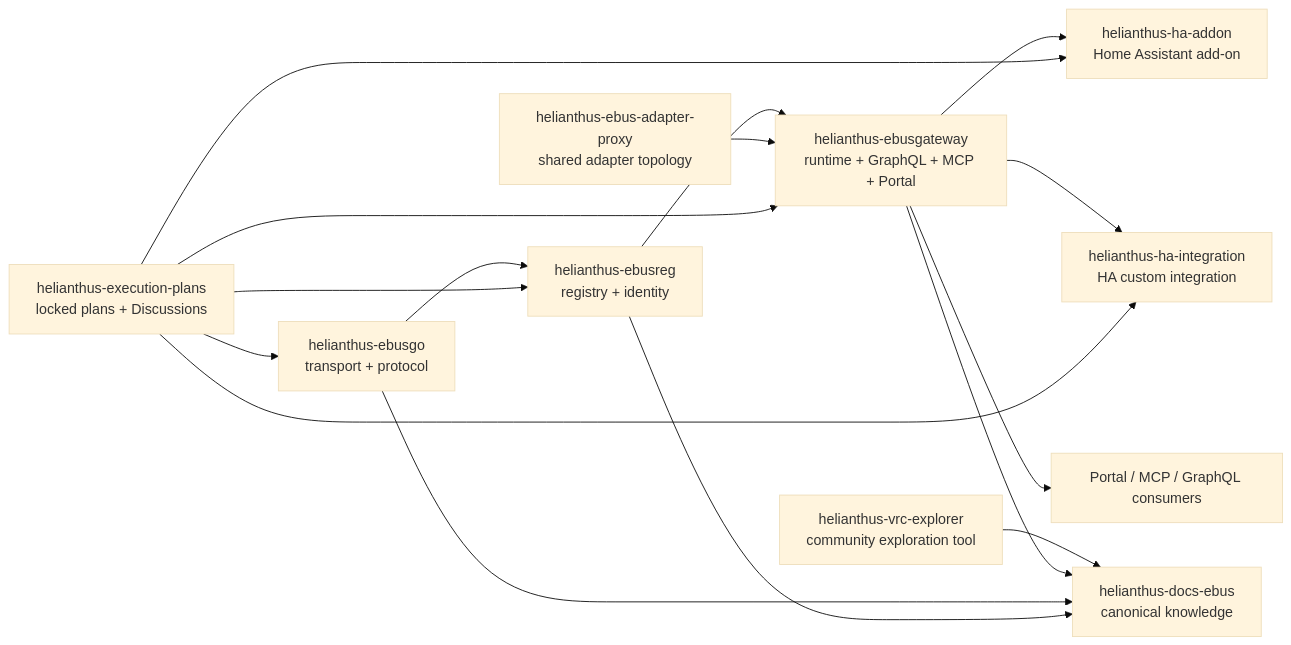
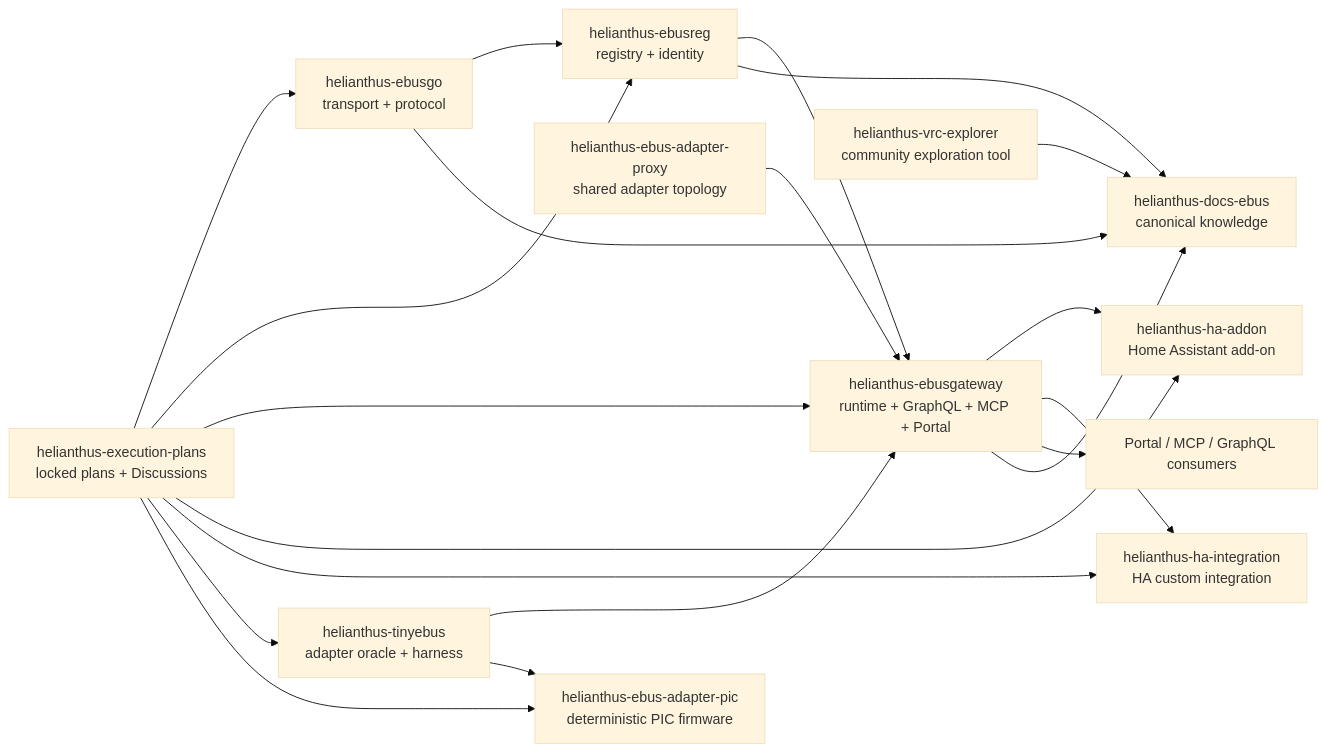
The first of 4 diagrams in AGENTS.md (Project-Helianthus/.github), drawn with Mermaid (base theme) before and after one commit. The commit also changed other lines of this file and 3 other files, not shown here.

Commit message:
Document firmware and PIC track in org profile

````diff
--- a/AGENTS.md
+++ b/AGENTS.md
@@ -29,21 +31,25 @@
 ```mermaid
 flowchart LR
     EG["helianthus-ebusgo<br/>transport + protocol"] --> ER["helianthus-ebusreg<br/>registry + identity"]
     ER --> GW["helianthus-ebusgateway<br/>runtime + GraphQL + MCP + Portal"]
     PX["helianthus-ebus-adapter-proxy<br/>shared adapter topology"] --> GW
+    TE["helianthus-tinyebus<br/>adapter oracle + harness"] --> GW
+    TE --> PIC["helianthus-ebus-adapter-pic<br/>deterministic PIC firmware"]
     GW --> ADDON["helianthus-ha-addon<br/>Home Assistant add-on"]
     GW --> HAI["helianthus-ha-integration<br/>HA custom integration"]
     GW --> PORTAL["Portal / MCP / GraphQL consumers"]
     VRC["helianthus-vrc-explorer<br/>community exploration tool"]
     DOCS["helianthus-docs-ebus<br/>canonical knowledge"]
     PLANS["helianthus-execution-plans<br/>locked plans + Discussions"]
     VRC --> DOCS
     GW --> DOCS
     EG --> DOCS
     ER --> DOCS
     PLANS --> EG
     PLANS --> ER
     PLANS --> GW
     PLANS --> ADDON
     PLANS --> HAI
+    PLANS --> TE
+    PLANS --> PIC
 ```
````
